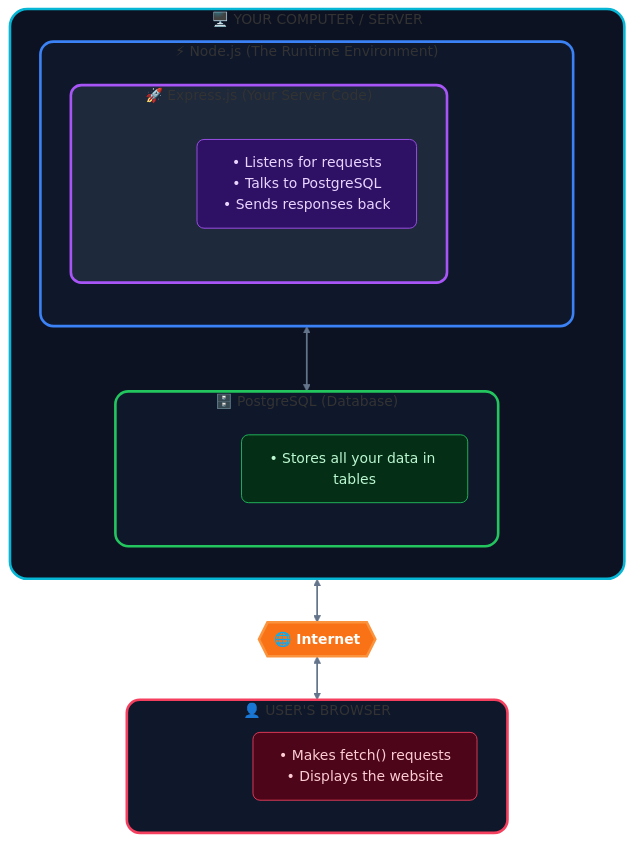
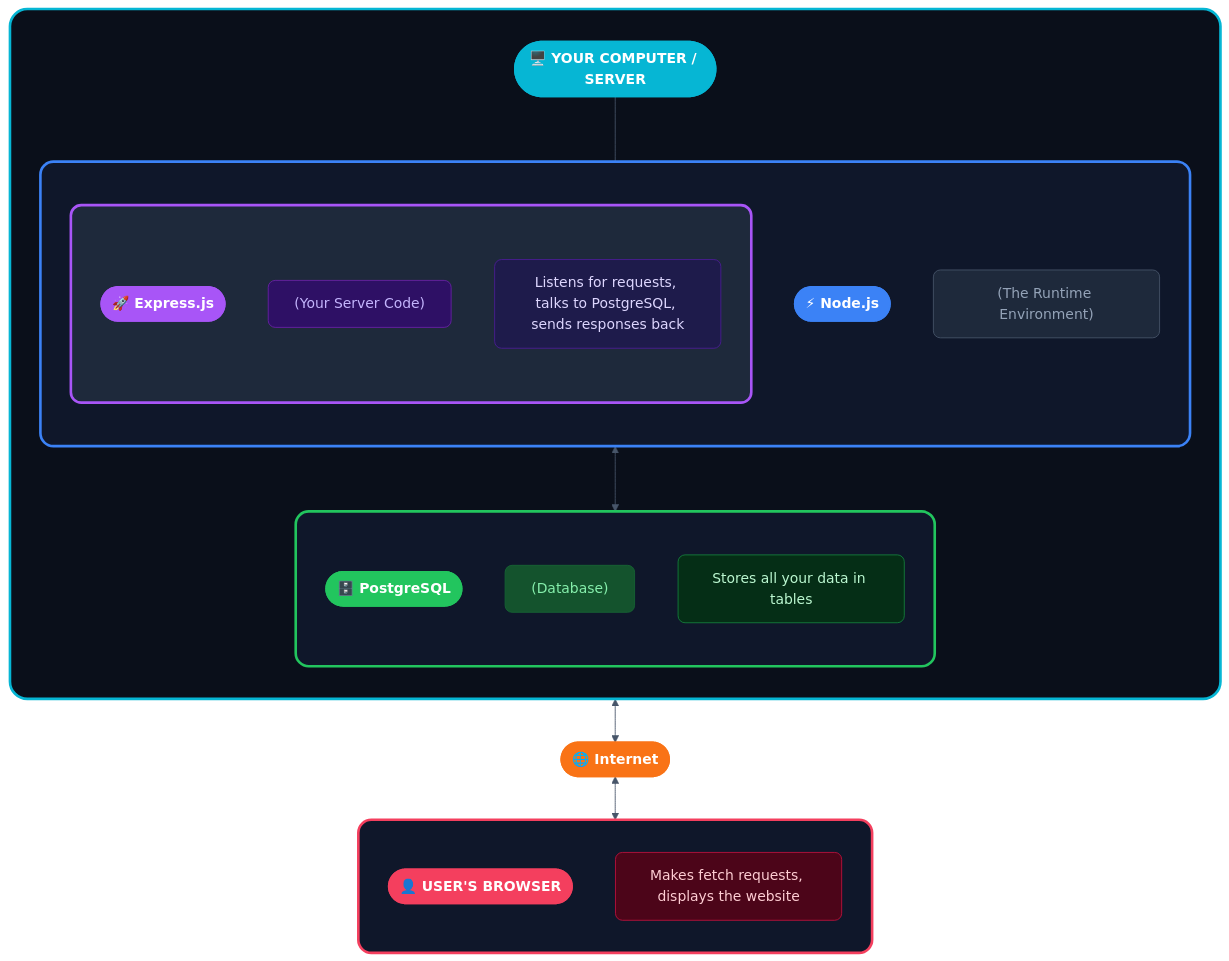
The second of 2 diagrams in tutorials/README.md (kennethpdang/ArborWiseSolutions), drawn with Mermaid before and after one commit. The commit also changed 1 other file, not shown here.

Commit message:
Refactor diagram in tutorials README to improve clarity and styling of components

````diff
--- a/tutorials/README.md
+++ b/tutorials/README.md
@@ -207,65 +207,68 @@
 ```mermaid
 flowchart TB
-    subgraph SERVER["🖥️ YOUR COMPUTER / SERVER"]
+    subgraph SERVER[" "]
         direction TB
-        S_SPACE[" "]
+        S_TITLE(["🖥️ YOUR COMPUTER / SERVER"])
         
-        subgraph NODEJS["⚡ Node.js (The Runtime Environment)"]
+        subgraph NODEJS[" "]
             direction TB
-            N_SPACE[" "]
+            N_TITLE(["⚡ Node.js"])
+            N_DESC["(The Runtime Environment)"]
             
-            subgraph EXPRESS["🚀 Express.js (Your Server Code)"]
+            subgraph EXPRESS[" "]
                 direction TB
-                E_SPACE[" "]
-                EXPRESS_CONTENT["• Listens for requests
-• Talks to PostgreSQL
-• Sends responses back"]
+                E_TITLE(["🚀 Express.js"])
+                E_DESC["(Your Server Code)"]
+                E_DETAIL["Listens for requests, talks to PostgreSQL, sends responses back"]
             end
         end
         
-        subgraph POSTGRES["🗄️ PostgreSQL (Database)"]
+        subgraph POSTGRES[" "]
             direction TB
-            PG_SPACE[" "]
-            PG1["• Stores all your data in tables"]
+            P_TITLE(["🗄️ PostgreSQL"])
+            P_DESC["(Database)"]
+            P_DETAIL["Stores all your data in tables"]
         end
         
-        NODEJS <--> POSTGRES
+        S_TITLE ~~~ NODEJS
+        EXPRESS <--> POSTGRES
     end
     
-    INTERNET{{"🌐 Internet"}}
+    INTERNET(["🌐 Internet"])
     
-    subgraph BROWSER["👤 USER'S BROWSER"]
+    subgraph BROWSER[" "]
         direction TB
-        B_SPACE[" "]
-        BROWSER_CONTENT["• Makes fetch() requests
-• Displays the website"]
+        B_TITLE(["👤 USER'S BROWSER"])
+        B_DETAIL["Makes fetch requests, displays the website"]
     end
     
-    SERVER <--> INTERNET
-    INTERNET <--> BROWSER
+    SERVER <--> INTERNET <--> BROWSER
 
     %% === SUBGRAPH STYLING ===
-    style SERVER fill:#0c1222,stroke:#06b6d4,stroke-width:3px,rx:20,ry:20
+    style SERVER fill:#0a0f1a,stroke:#06b6d4,stroke-width:3px,rx:20,ry:20
     style NODEJS fill:#0f172a,stroke:#3b82f6,stroke-width:3px,rx:15,ry:15
     style EXPRESS fill:#1e293b,stroke:#a855f7,stroke-width:3px,rx:12,ry:12
     style POSTGRES fill:#0f172a,stroke:#22c55e,stroke-width:3px,rx:15,ry:15
     style BROWSER fill:#0f172a,stroke:#f43f5e,stroke-width:3px,rx:15,ry:15
     
-    %% === INTERNET NODE ===
-    style INTERNET fill:#f97316,stroke:#fb923c,stroke-width:3px,color:#fff,font-weight:bold
+    %% === TITLE STYLING (pill shaped) ===
+    style S_TITLE fill:#06b6d4,stroke:#06b6d4,stroke-width:2px,color:#fff,font-weight:bold
+    style N_TITLE fill:#3b82f6,stroke:#3b82f6,stroke-width:2px,color:#fff,font-weight:bold
+    style E_TITLE fill:#a855f7,stroke:#a855f7,stroke-width:2px,color:#fff,font-weight:bold
+    style P_TITLE fill:#22c55e,stroke:#22c55e,stroke-width:2px,color:#fff,font-weight:bold
+    style B_TITLE fill:#f43f5e,stroke:#f43f5e,stroke-width:2px,color:#fff,font-weight:bold
+    style INTERNET fill:#f97316,stroke:#f97316,stroke-width:2px,color:#fff,font-weight:bold
     
-    %% === SPACER NODES (invisible) ===
-    style S_SPACE fill:none,stroke:none,color:transparent,height:1px
-    style N_SPACE fill:none,stroke:none,color:transparent,height:1px
-    style E_SPACE fill:none,stroke:none,color:transparent,height:1px
-    style PG_SPACE fill:none,stroke:none,color:transparent,height:1px
-    style B_SPACE fill:none,stroke:none,color:transparent,height:1px
+    %% === DESCRIPTION STYLING (subtitles) ===
+    style N_DESC fill:#1e293b,stroke:#475569,color:#94a3b8,rx:8,ry:8
+    style E_DESC fill:#2e1065,stroke:#6b21a8,color:#c4b5fd,rx:8,ry:8
+    style P_DESC fill:#14532d,stroke:#166534,color:#86efac,rx:8,ry:8
     
-    %% === CONTENT BOXES ===
-    style EXPRESS_CONTENT fill:#2e1065,stroke:#a855f7,color:#e9d5ff,rx:8,ry:8
-    style PG1 fill:#052e16,stroke:#22c55e,color:#bbf7d0,rx:8,ry:8
-    style BROWSER_CONTENT fill:#4c0519,stroke:#f43f5e,color:#fecdd3,rx:8,ry:8
+    %% === DETAIL STYLING ===
+    style E_DETAIL fill:#1e1b4b,stroke:#4c1d95,color:#ddd6fe,rx:8,ry:8
+    style P_DETAIL fill:#052e16,stroke:#15803d,color:#bbf7d0,rx:8,ry:8
+    style B_DETAIL fill:#4c0519,stroke:#be123c,color:#fecdd3,rx:8,ry:8
 
     %% === LINK STYLING ===
-    linkStyle default stroke:#64748b,stroke-width:2px
+    linkStyle default stroke:#475569,stroke-width:1px
 ```
````
